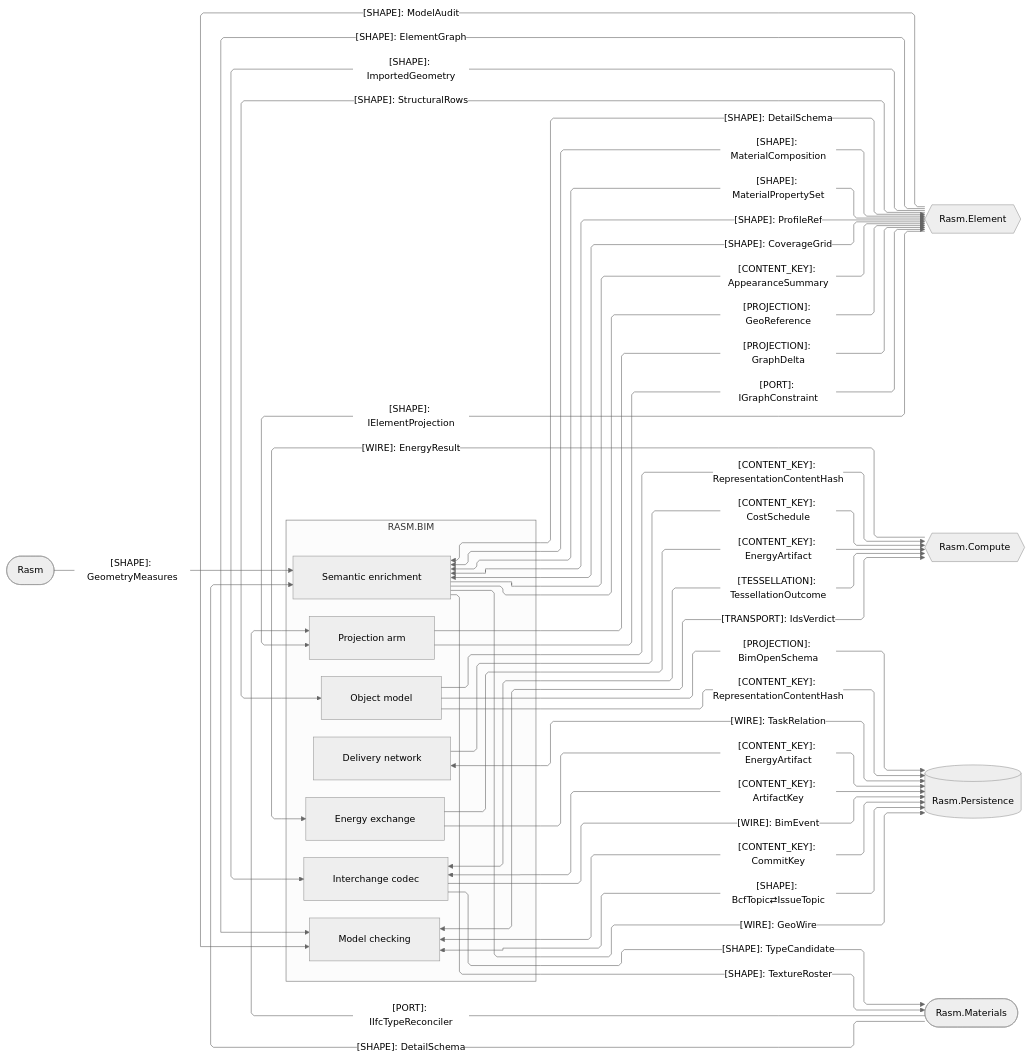
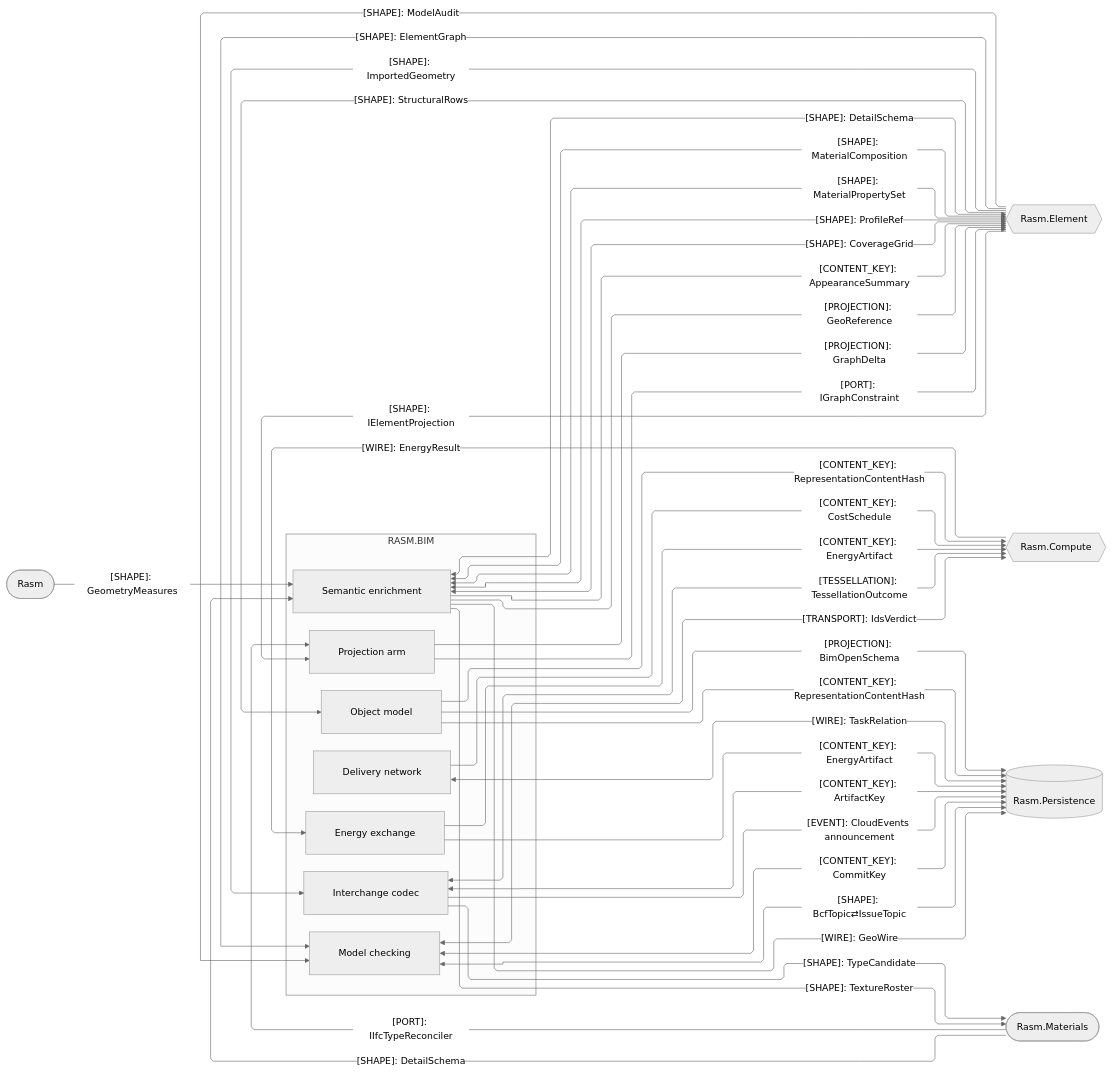
One commit to bsamiee/Rasm changed the second of 3 diagrams in libs/csharp/Rasm.Bim/ARCHITECTURE.md. Above: the diagram before and after it, drawn with Mermaid (neutral theme). The commit also changed other lines of this file and 509 other files, not shown here.

````diff
--- a/libs/csharp/Rasm.Bim/ARCHITECTURE.md
+++ b/libs/csharp/Rasm.Bim/ARCHITECTURE.md
@@ -121,60 +121,60 @@
 ```mermaid
 ---
 config:
   layout: elk
   flowchart:
     curve: linear
     padding: 25
 ---
 flowchart LR
     accTitle: Bim same-branch domain and storage seams
     accDescr: Bim sub-domain owners exchanging projections, content keys, and tessellation with the same-branch AEC peers and the durable store.
     subgraph bim[RASM.BIM]
         Projection[Projection arm]
         Model[Object model]
         Semantics[Semantic enrichment]
         Exchange[Interchange codec]
         Review[Model checking]
         Energy[Energy exchange]
         Planning[Delivery network]
     end
     Element{{Rasm.Element}}
     Compute{{Rasm.Compute}}
     Persistence[(Rasm.Persistence)]
     Materials([Rasm.Materials])
     Rasm([Rasm])
     Element -->|"[SHAPE]: IElementProjection"| Projection
     Projection -->|"[PROJECTION]: GraphDelta"| Element
     Projection -->|"[PORT]: IGraphConstraint"| Element
     Element -->|"[SHAPE]: ImportedGeometry"| Exchange
     Element -->|"[SHAPE]: ElementGraph"| Review
     Semantics <-->|"[SHAPE]: DetailSchema"| Element
     Semantics <-->|"[SHAPE]: MaterialComposition"| Element
     Semantics <-->|"[SHAPE]: MaterialPropertySet"| Element
     Semantics <-->|"[SHAPE]: ProfileRef"| Element
     Semantics <-->|"[SHAPE]: CoverageGrid"| Element
     Semantics -->|"[CONTENT_KEY]: AppearanceSummary"| Element
     Semantics -->|"[PROJECTION]: GeoReference"| Element
     Element -->|"[SHAPE]: StructuralRows"| Model
     Element -->|"[SHAPE]: ModelAudit"| Review
     Materials -->|"[PORT]: IIfcTypeReconciler"| Projection
     Exchange -->|"[SHAPE]: TypeCandidate"| Materials
     Semantics -->|"[SHAPE]: TextureRoster"| Materials
     Materials -->|"[SHAPE]: DetailSchema"| Semantics
     Rasm -->|"[SHAPE]: GeometryMeasures"| Semantics
     Model -->|"[CONTENT_KEY]: RepresentationContentHash"| Compute
     Exchange <-->|"[TESSELLATION]: TessellationOutcome"| Compute
     Review <-->|"[TRANSPORT]: IdsVerdict"| Compute
     Planning -->|"[CONTENT_KEY]: CostSchedule"| Compute
     Energy -->|"[CONTENT_KEY]: EnergyArtifact"| Compute
     Compute -->|"[WIRE]: EnergyResult"| Energy
     Model -->|"[PROJECTION]: BimOpenSchema"| Persistence
     Model -->|"[CONTENT_KEY]: RepresentationContentHash"| Persistence
     Exchange <-->|"[CONTENT_KEY]: ArtifactKey"| Persistence
-    Exchange -->|"[WIRE]: BimEvent"| Persistence
+    Exchange -->|"[EVENT]: CloudEvents announcement"| Persistence
     Review <-->|"[CONTENT_KEY]: CommitKey"| Persistence
     Review <-->|"[SHAPE]: BcfTopic⇄IssueTopic"| Persistence
     Energy -->|"[CONTENT_KEY]: EnergyArtifact"| Persistence
     Planning <-->|"[WIRE]: TaskRelation"| Persistence
     Semantics -->|"[WIRE]: GeoWire"| Persistence
 ```
````
